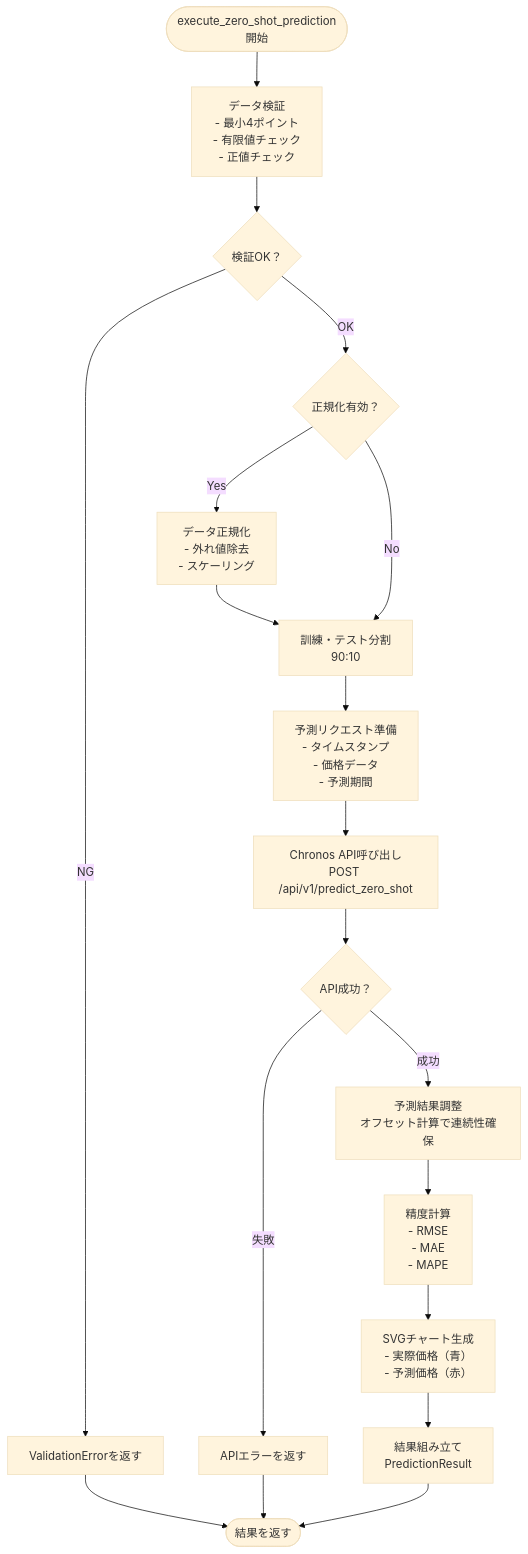
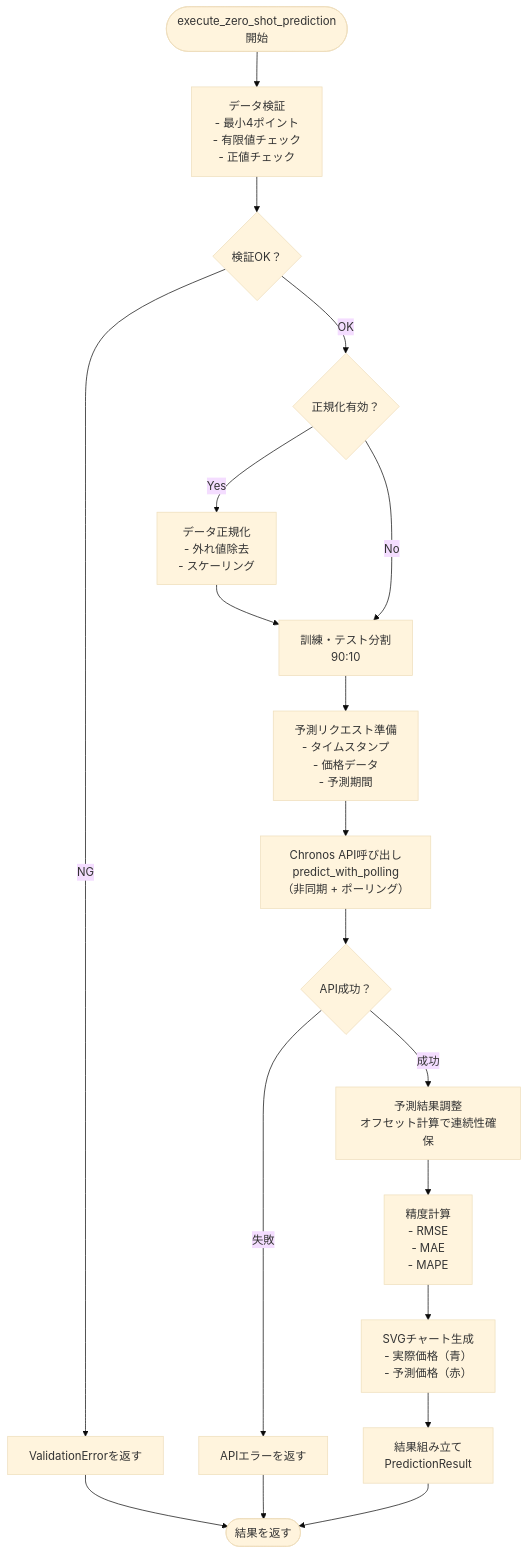
The third of 4 diagrams in docs/predict_token_processing_flow.md (fathens/zaciraci), drawn with Mermaid (base theme) before and after one commit. The commit also changed other lines of this file and 6 other files, not shown here.

First line of the commit message:
feat(predict): enable asynchronous prediction with polling support

````diff
--- a/docs/predict_token_processing_flow.md
+++ b/docs/predict_token_processing_flow.md
@@ -231,30 +232,30 @@
 ```mermaid
 flowchart TD
     Start([execute_zero_shot_prediction開始]) --> ValidateInput[データ検証<br/>- 最小4ポイント<br/>- 有限値チェック<br/>- 正値チェック]
     
     ValidateInput --> ValidInput{検証OK？}
     ValidInput -->|NG| ValidationError[ValidationErrorを返す]
     ValidInput -->|OK| CheckNormalization{正規化有効？}
     
     CheckNormalization -->|Yes| Normalize[データ正規化<br/>- 外れ値除去<br/>- スケーリング]
     CheckNormalization -->|No| SplitData[訓練・テスト分割<br/>90:10]
     Normalize --> SplitData
     
     SplitData --> PrepareRequest[予測リクエスト準備<br/>- タイムスタンプ<br/>- 価格データ<br/>- 予測期間]
     
-    PrepareRequest --> CallAPI[Chronos API呼び出し<br/>POST /api/v1/predict_zero_shot]
+    PrepareRequest --> CallAPI[Chronos API呼び出し<br/>predict_with_polling<br/>（非同期 + ポーリング）]
     
     CallAPI --> APISuccess{API成功？}
     APISuccess -->|失敗| APIError[APIエラーを返す]
     APISuccess -->|成功| AdjustPrediction[予測結果調整<br/>オフセット計算で連続性確保]
     
     AdjustPrediction --> CalcMetrics[精度計算<br/>- RMSE<br/>- MAE<br/>- MAPE]
     
     CalcMetrics --> GenerateChart[SVGチャート生成<br/>- 実際価格（青）<br/>- 予測価格（赤）]
     
     GenerateChart --> AssembleResult[結果組み立て<br/>PredictionResult]
     
     AssembleResult --> Return([結果を返す])
     ValidationError --> Return
     APIError --> Return
 ```
````
